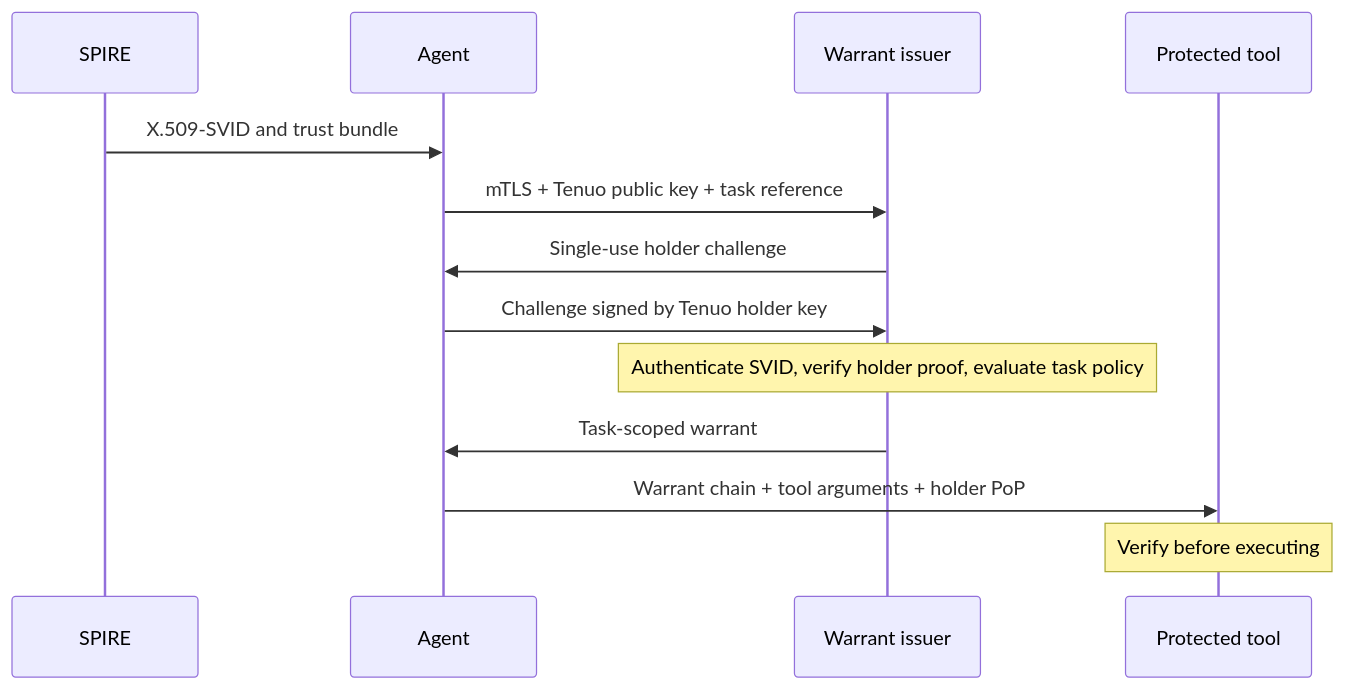
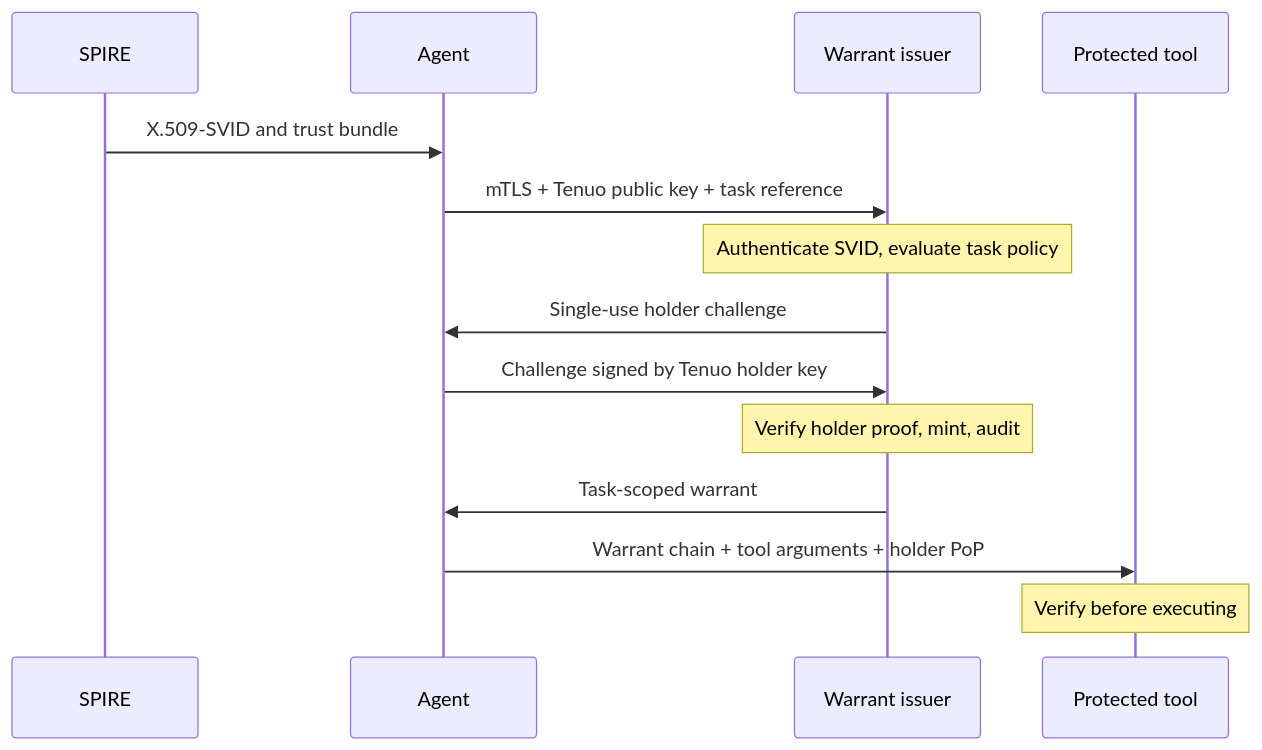
One commit to tenuo-ai/tenuo changed the diagram in docs/spiffe.md. Above: the diagram before and after it, drawn with Mermaid. The commit also changed other lines of this file and 9 other files, not shown here.

````diff
--- a/docs/spiffe.md
+++ b/docs/spiffe.md
@@ -12,15 +14,16 @@
 ```mermaid
 sequenceDiagram
     participant S as SPIRE
     participant A as Agent
     participant I as Warrant issuer
     participant T as Protected tool
     S->>A: X.509-SVID and trust bundle
     A->>I: mTLS + Tenuo public key + task reference
+    Note over I: Authenticate SVID, evaluate task policy
     I->>A: Single-use holder challenge
     A->>I: Challenge signed by Tenuo holder key
-    Note over I: Authenticate SVID, verify holder proof, evaluate task policy
+    Note over I: Verify holder proof, mint, audit
     I->>A: Task-scoped warrant
     A->>T: Warrant chain + tool arguments + holder PoP
     Note over T: Verify before executing
 ```
````
